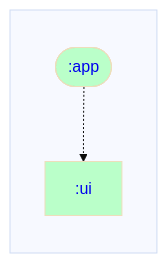
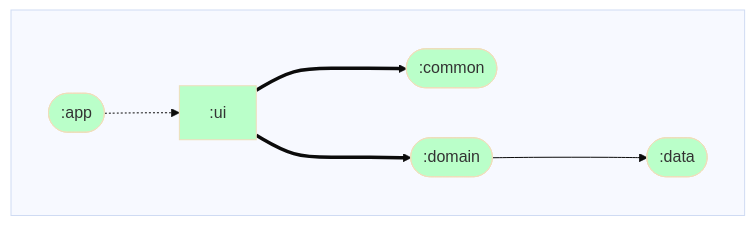
The diagram in ui/dependencyGraph.md (ARES-ID/Daedalus), drawn with Mermaid before and after one commit. The commit also changed 108 other files, not shown here.

````diff
--- a/ui/dependencyGraph.md
+++ b/ui/dependencyGraph.md
@@ -1,22 +1,28 @@
 ```mermaid
 %%{ init: { 'theme': 'base' } }%%
 graph LR;
 
 %% Styling for module nodes by type
 classDef rootNode stroke-width:4px;
 classDef mppNode fill:#ffd2b3,color:#333333;
 classDef andNode fill:#baffc9,color:#333333;
 classDef javaNode fill:#ffb3ba,color:#333333;
 
 %% Modules
 subgraph  
-  direction TB;
-  :app([<a href='https://github.com/rjspies/Daedalus/blob/main/app/dependencyGraph.md' style='text-decoration:auto'>:app</a>]):::andNode;
-  :ui[<a href='https://github.com/rjspies/Daedalus/blob/main/ui/dependencyGraph.md' style='text-decoration:auto'>:ui</a>]:::andNode;
+  direction LR;
+  :app([:app]):::andNode;
+  :common([:common]):::andNode;
+  :data([:data]):::andNode;
+  :domain([:domain]):::andNode;
+  :ui[:ui]:::andNode;
 end
 
 %% Dependencies
+:ui===>:common
+:ui===>:domain
+:domain--->:data
 
 %% Dependents
 :app-.->:ui
 ```
````
